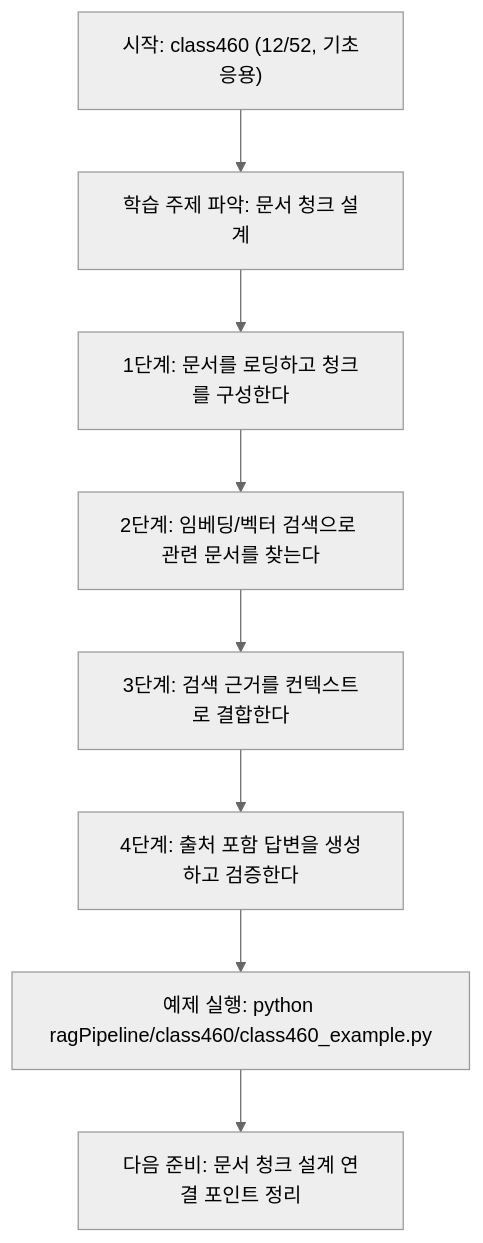
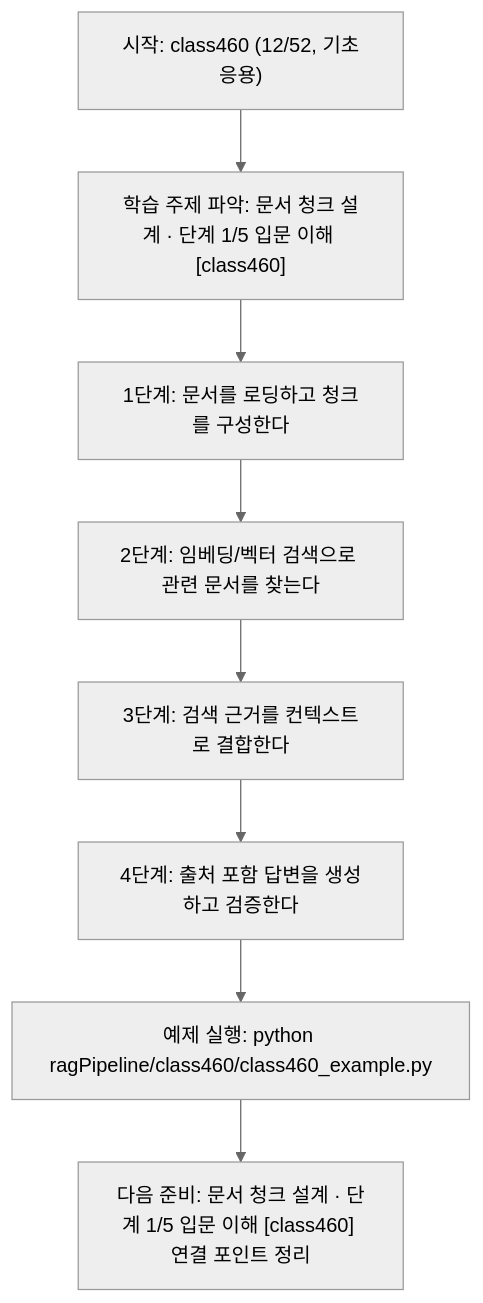
Before and after one commit to edumgt/Python-AI_Agent-Class: the diagram in ragPipeline/class460/class460.md, drawn with Mermaid (neutral theme). The commit also changed other lines of this file and 522 other files, not shown here.

````diff
--- a/ragPipeline/class460/class460.md
+++ b/ragPipeline/class460/class460.md
@@ -110,18 +111,18 @@
 ```mermaid
 flowchart TD
 N1["시작: class460 (12/52, 기초응용)"]
-N2["학습 주제 파악: 문서 청크 설계"]
+N2["학습 주제 파악: 문서 청크 설계 · 단계 1/5 입문 이해 [class460]"]
 N3["1단계: 문서를 로딩하고 청크를 구성한다"]
 N4["2단계: 임베딩/벡터 검색으로 관련 문서를 찾는다"]
 N5["3단계: 검색 근거를 컨텍스트로 결합한다"]
 N6["4단계: 출처 포함 답변을 생성하고 검증한다"]
 N7["예제 실행: python ragPipeline/class460/class460_example.py"]
-N8["다음 준비: 문서 청크 설계 연결 포인트 정리"]
+N8["다음 준비: 문서 청크 설계 · 단계 1/5 입문 이해 [class460] 연결 포인트 정리"]
 N1 --> N2
 N2 --> N3
 N3 --> N4
 N4 --> N5
 N5 --> N6
 N6 --> N7
 N7 --> N8
 ```
````
